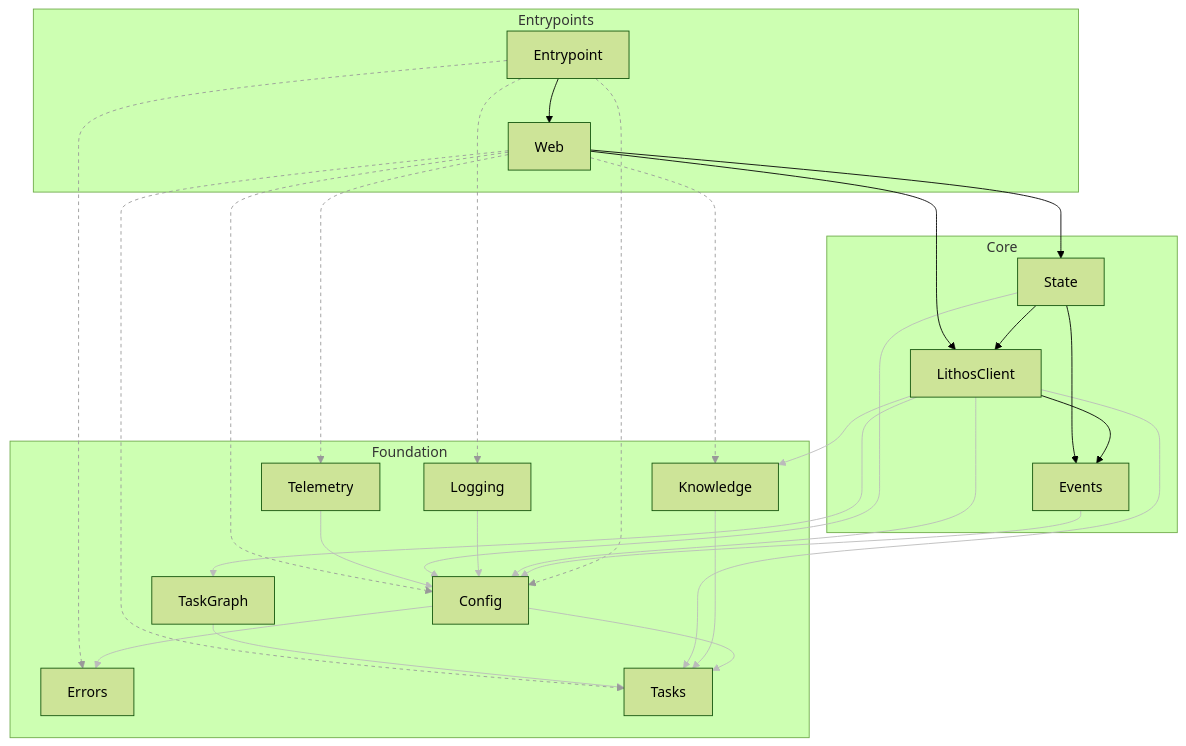
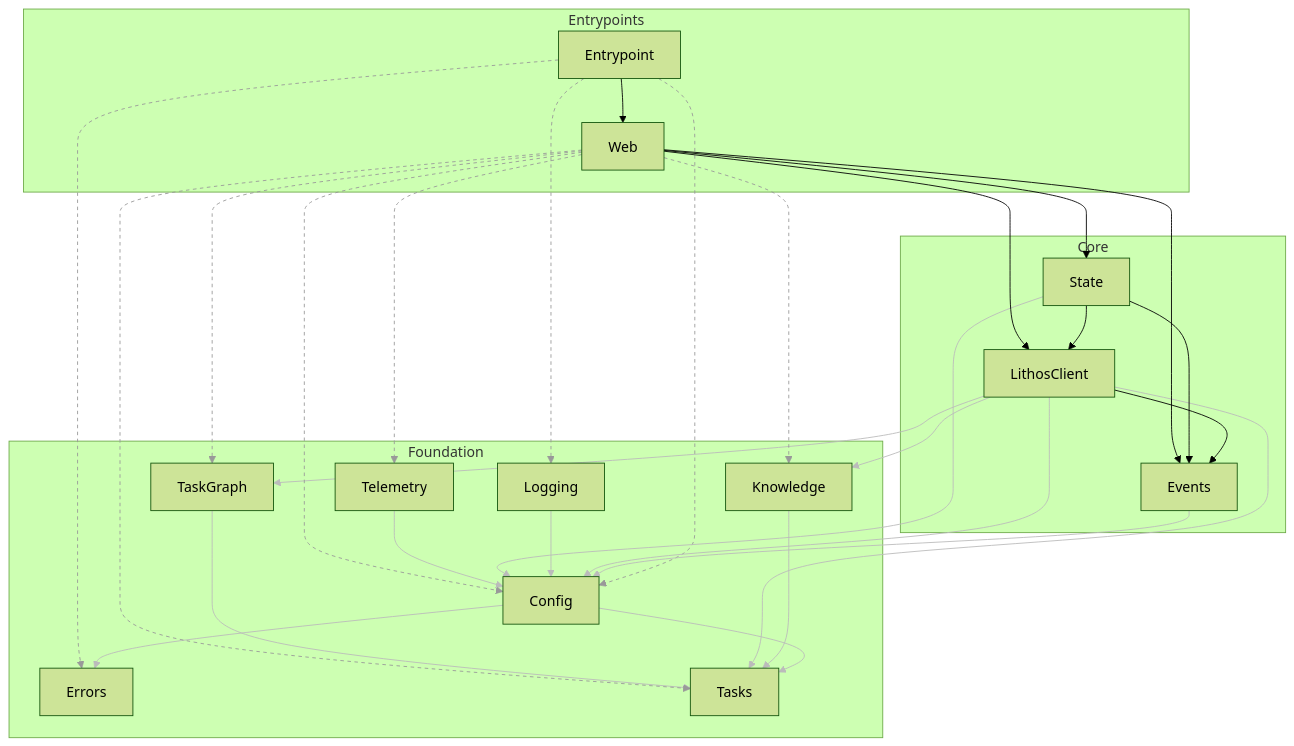
The diagram in docs/generated/architecture.md (agent-lore/lithos-lens), drawn with Mermaid (forest theme) before and after one commit. The commit also changed 27 other files, not shown here.

````diff
--- a/docs/generated/architecture.md
+++ b/docs/generated/architecture.md
@@ -6,77 +6,80 @@
 ```mermaid
 graph TD
   subgraph tier_Entrypoints["Entrypoints"]
     Entrypoint
     Web
   end
   subgraph tier_Core["Core"]
     Events
     LithosClient
     State
   end
   subgraph tier_Foundation["Foundation"]
     Config
     Errors
     Knowledge
     Logging
     TaskGraph
     Tasks
     Telemetry
   end
   click Config "components/Config.md"
   click Entrypoint "components/Entrypoint.md"
   click Errors "components/Errors.md"
   click Events "components/Events.md"
   click Knowledge "components/Knowledge.md"
   click LithosClient "components/LithosClient.md"
   click Logging "components/Logging.md"
   click State "components/State.md"
   click TaskGraph "components/TaskGraph.md"
   click Tasks "components/Tasks.md"
   click Telemetry "components/Telemetry.md"
   click Web "components/Web.md"
   Config --> Errors
   Config --> Tasks
   Entrypoint --> Config
   Entrypoint --> Errors
   Entrypoint --> Logging
   Entrypoint --> Web
   Events --> Config
   Knowledge --> Tasks
   LithosClient --> Config
   LithosClient --> Events
   LithosClient --> Knowledge
   LithosClient --> TaskGraph
   LithosClient --> Tasks
   Logging --> Config
   State --> Config
   State --> Events
   State --> LithosClient
   TaskGraph --> Tasks
   Telemetry --> Config
   Web --> Config
+  Web --> Events
   Web --> Knowledge
   Web --> LithosClient
   Web --> State
+  Web --> TaskGraph
   Web --> Tasks
   Web --> Telemetry
   linkStyle 0 stroke:#bbb
   linkStyle 1 stroke:#bbb
   linkStyle 2 stroke:#999,stroke-dasharray:4
   linkStyle 3 stroke:#999,stroke-dasharray:4
   linkStyle 4 stroke:#999,stroke-dasharray:4
   linkStyle 6 stroke:#bbb
   linkStyle 7 stroke:#bbb
   linkStyle 8 stroke:#bbb
   linkStyle 10 stroke:#bbb
   linkStyle 11 stroke:#bbb
   linkStyle 12 stroke:#bbb
   linkStyle 13 stroke:#bbb
   linkStyle 14 stroke:#bbb
   linkStyle 17 stroke:#bbb
   linkStyle 18 stroke:#bbb
   linkStyle 19 stroke:#999,stroke-dasharray:4
-  linkStyle 20 stroke:#999,stroke-dasharray:4
-  linkStyle 23 stroke:#999,stroke-dasharray:4
+  linkStyle 21 stroke:#999,stroke-dasharray:4
   linkStyle 24 stroke:#999,stroke-dasharray:4
+  linkStyle 25 stroke:#999,stroke-dasharray:4
+  linkStyle 26 stroke:#999,stroke-dasharray:4
 ```
````
